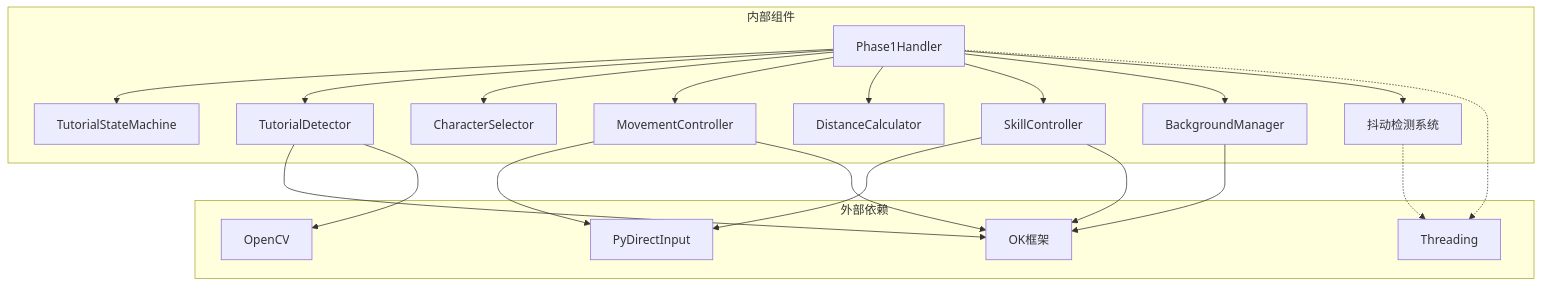
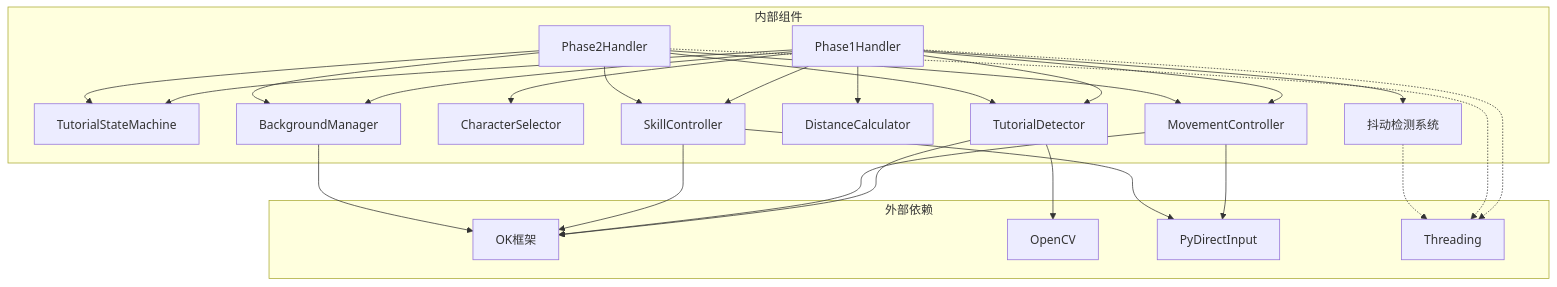
The sixth of 6 diagrams in .qoder/repowiki/zh/content/Tutorial Phase1 Handler.md (xsy098-max/ok-jump), drawn with Mermaid before and after one commit. The commit also changed other lines of this file and 17 other files, not shown here.

````diff
--- a/.qoder/repowiki/zh/content/Tutorial Phase1 Handler.md
+++ b/.qoder/repowiki/zh/content/Tutorial Phase1 Handler.md
@@ -413,37 +526,44 @@
 ```mermaid
 graph TD
 subgraph "外部依赖"
 OK[OK框架]
 CV[OpenCV]
 PY[PyDirectInput]
 TH[Threading]
 end
 subgraph "内部组件"
 PH[Phase1Handler]
+PH2[Phase2Handler]
 SM[TutorialStateMachine]
 TD[TutorialDetector]
 CS[CharacterSelector]
 MC[MovementController]
 DC[DistanceCalculator]
 SC[SkillController]
 BM[BackgroundManager]
 JDS[抖动检测系统]
 end
 PH --> SM
 PH --> TD
 PH --> CS
 PH --> MC
 PH --> DC
 PH --> SC
 PH --> BM
 PH --> JDS
+PH2 --> TD
+PH2 --> SC
+PH2 --> MC
+PH2 --> BM
+PH2 --> SM
 TD --> OK
 TD --> CV
 MC --> PY
 MC --> OK
 SC --> PY
 SC --> OK
 BM --> OK
 PH -.-> TH
+PH2 -.-> TH
 JDS -.-> TH
 ```
````
